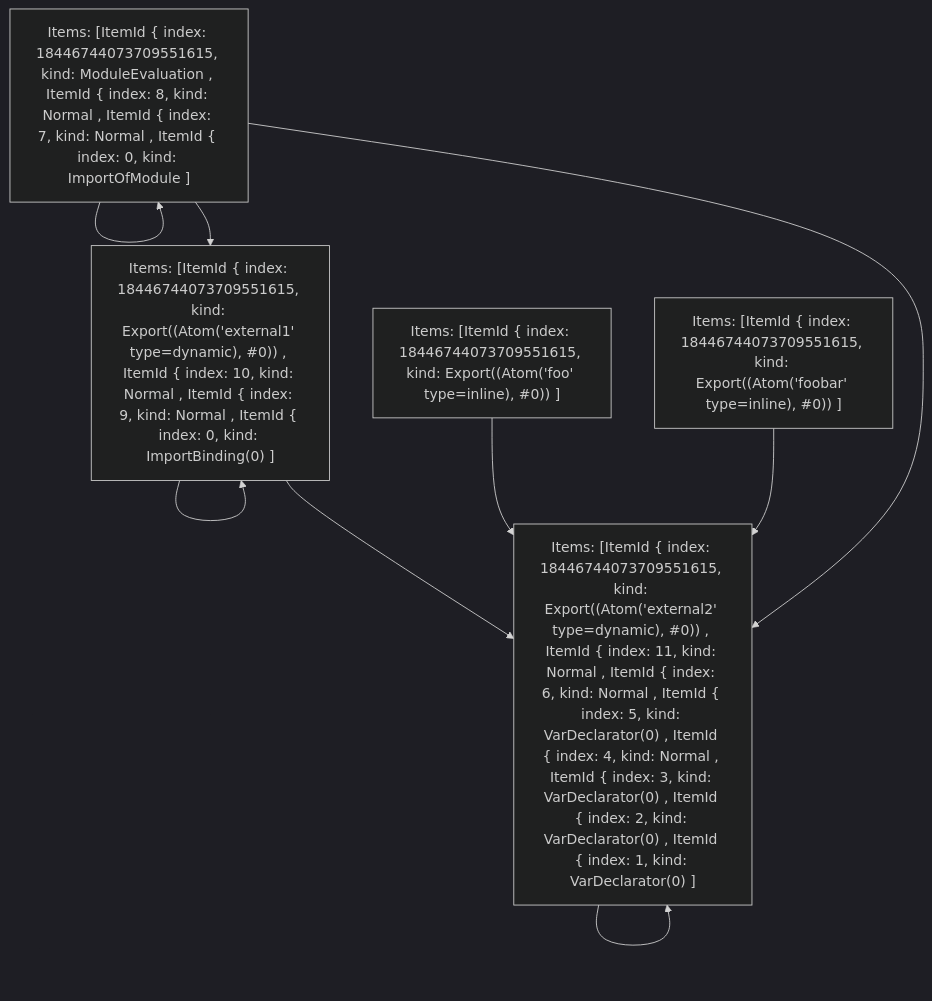
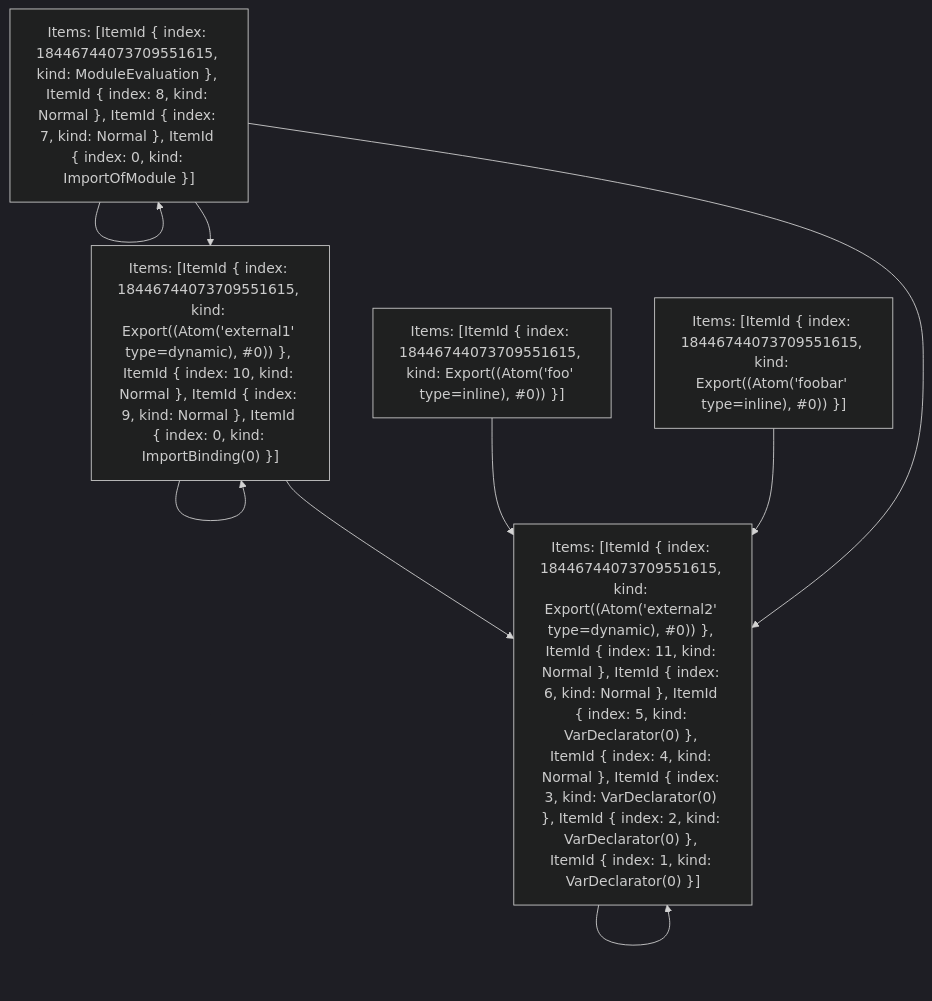
One commit to vercel/turborepo changed the fifth of 5 diagrams in crates/turbopack-ecmascript/tests/tree-shaker/analyzer/1/output.md. Above: the diagram before and after it, drawn with Mermaid (dark theme). The commit also changed 2 other files, not shown here.

Commit message:
Update test refs

````diff
--- a/crates/turbopack-ecmascript/tests/tree-shaker/analyzer/1/output.md
+++ b/crates/turbopack-ecmascript/tests/tree-shaker/analyzer/1/output.md
@@ -351,16 +351,16 @@
 ```mermaid
 graph TD
-    N0["Items: [ItemId { index: 18446744073709551615, kind: ModuleEvaluation , ItemId { index: 8, kind: Normal , ItemId { index: 7, kind: Normal , ItemId { index: 0, kind: ImportOfModule ]"];
-    N1["Items: [ItemId { index: 18446744073709551615, kind: Export((Atom('foobar' type=inline), #0)) ]"];
-    N2["Items: [ItemId { index: 18446744073709551615, kind: Export((Atom('foo' type=inline), #0)) ]"];
-    N3["Items: [ItemId { index: 18446744073709551615, kind: Export((Atom('external1' type=dynamic), #0)) , ItemId { index: 10, kind: Normal , ItemId { index: 9, kind: Normal , ItemId { index: 0, kind: ImportBinding(0) ]"];
-    N4["Items: [ItemId { index: 18446744073709551615, kind: Export((Atom('external2' type=dynamic), #0)) , ItemId { index: 11, kind: Normal , ItemId { index: 6, kind: Normal , ItemId { index: 5, kind: VarDeclarator(0) , ItemId { index: 4, kind: Normal , ItemId { index: 3, kind: VarDeclarator(0) , ItemId { index: 2, kind: VarDeclarator(0) , ItemId { index: 1, kind: VarDeclarator(0) ]"];
+    N0["Items: [ItemId { index: 18446744073709551615, kind: ModuleEvaluation }, ItemId { index: 8, kind: Normal }, ItemId { index: 7, kind: Normal }, ItemId { index: 0, kind: ImportOfModule }]"];
+    N1["Items: [ItemId { index: 18446744073709551615, kind: Export((Atom('foobar' type=inline), #0)) }]"];
+    N2["Items: [ItemId { index: 18446744073709551615, kind: Export((Atom('foo' type=inline), #0)) }]"];
+    N3["Items: [ItemId { index: 18446744073709551615, kind: Export((Atom('external1' type=dynamic), #0)) }, ItemId { index: 10, kind: Normal }, ItemId { index: 9, kind: Normal }, ItemId { index: 0, kind: ImportBinding(0) }]"];
+    N4["Items: [ItemId { index: 18446744073709551615, kind: Export((Atom('external2' type=dynamic), #0)) }, ItemId { index: 11, kind: Normal }, ItemId { index: 6, kind: Normal }, ItemId { index: 5, kind: VarDeclarator(0) }, ItemId { index: 4, kind: Normal }, ItemId { index: 3, kind: VarDeclarator(0) }, ItemId { index: 2, kind: VarDeclarator(0) }, ItemId { index: 1, kind: VarDeclarator(0) }]"];
     N0 --> N0;
     N0 --> N3;
     N0 --> N4;
     N1 --> N4;
     N2 --> N4;
     N3 --> N3;
     N3 --> N4;
     N4 --> N4;
 ```
````
